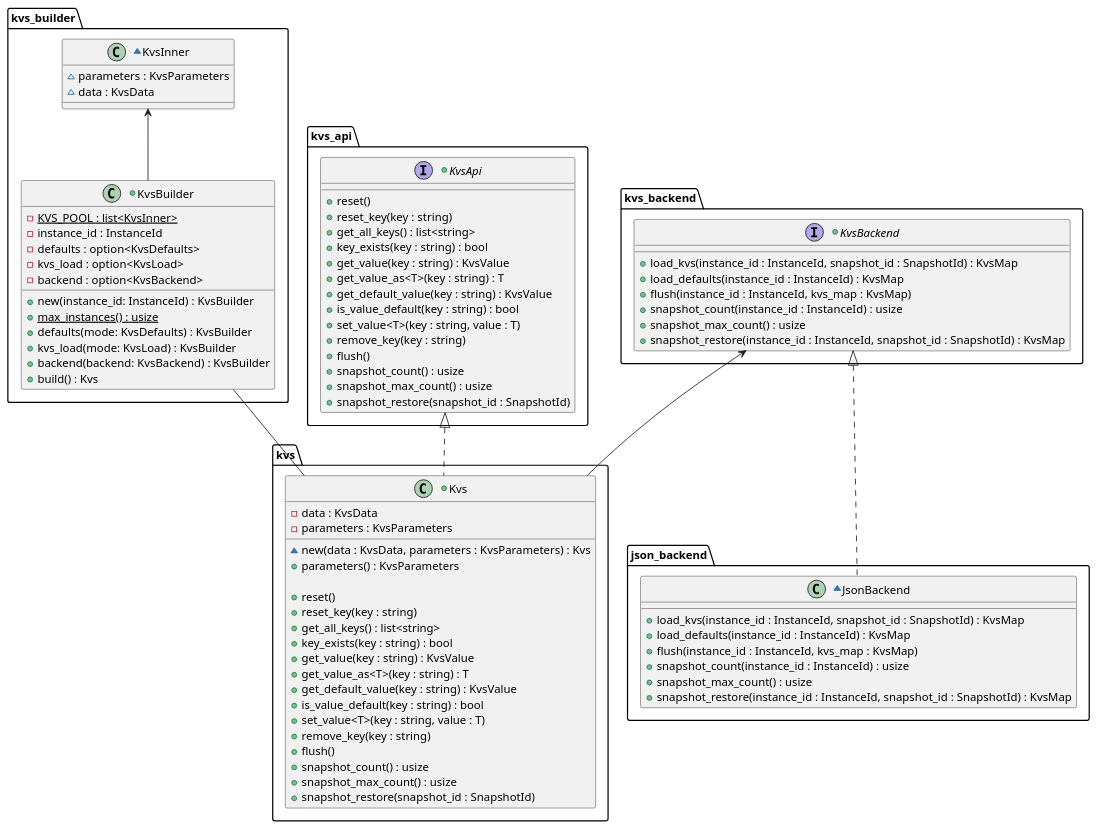
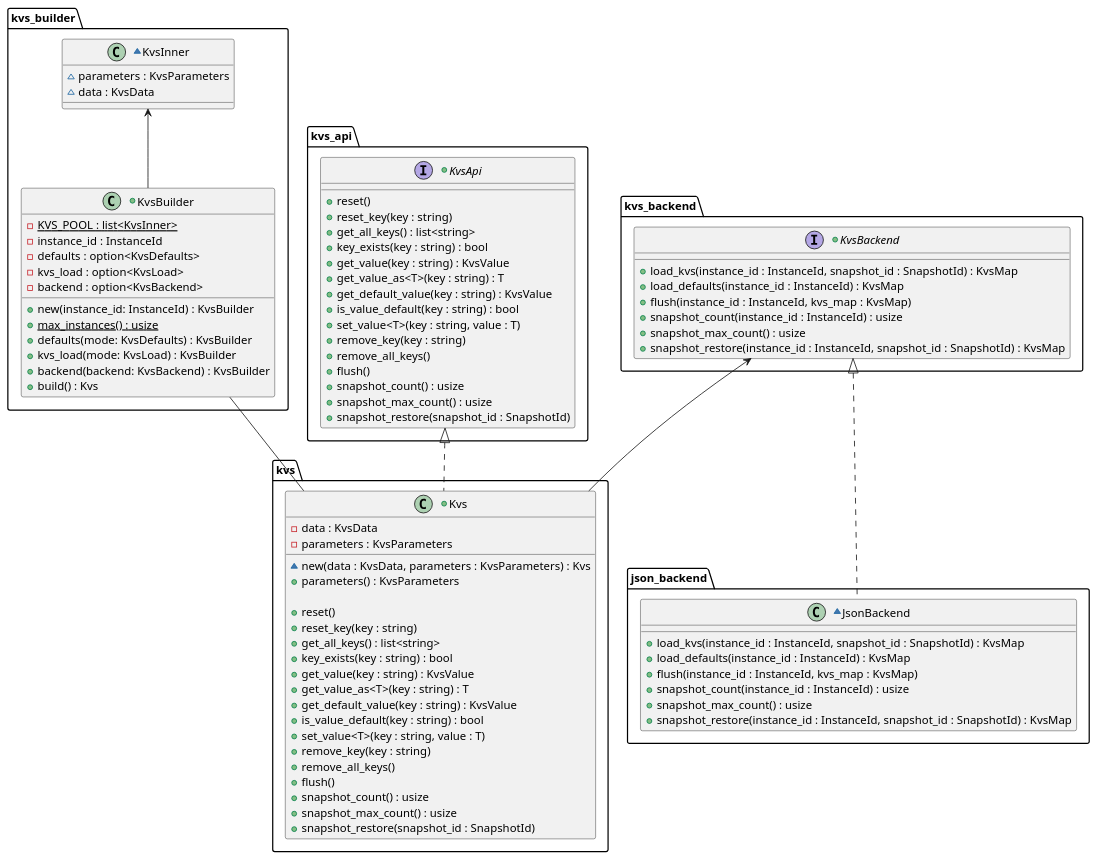
One commit to esrlabs/inc_mw_per changed the diagram in score/kvs/docs/detailed_design/class_diagram.puml. Above: the diagram before and after it, drawn with PlantUML. The commit also changed 5 other files, not shown here.

First line of the commit message:
adding remove all keys (#421)

```diff
--- a/score/kvs/docs/detailed_design/class_diagram.puml
+++ b/score/kvs/docs/detailed_design/class_diagram.puml
@@ -14,99 +14,101 @@
 @startuml Persistency class diagram
 
 package "kvs_builder" {
     ~class KvsInner {
         ~parameters : KvsParameters
         ~data : KvsData
     }
 
     +class KvsBuilder {
         {static} -KVS_POOL : list<KvsInner>
         -instance_id : InstanceId
         -defaults : option<KvsDefaults>
         -kvs_load : option<KvsLoad>
         -backend : option<KvsBackend>
 
         +new(instance_id: InstanceId) : KvsBuilder
         {static} +max_instances() : usize
         +defaults(mode: KvsDefaults) : KvsBuilder
         +kvs_load(mode: KvsLoad) : KvsBuilder
         +backend(backend: KvsBackend) : KvsBuilder
         +build() : Kvs
     }
 
     KvsInner <-- KvsBuilder
 }
 
 package "kvs_api" {
     +interface KvsApi {
         +reset()
         +reset_key(key : string)
         +get_all_keys() : list<string>
         +key_exists(key : string) : bool
         +get_value(key : string) : KvsValue
         +get_value_as<T>(key : string) : T
         +get_default_value(key : string) : KvsValue
         +is_value_default(key : string) : bool
         +set_value<T>(key : string, value : T)
         +remove_key(key : string)
+        +remove_all_keys()
         +flush()
         +snapshot_count() : usize
         +snapshot_max_count() : usize
         +snapshot_restore(snapshot_id : SnapshotId)
     }
 }
 
 package "kvs" {
     +class Kvs {
         -data : KvsData
         -parameters : KvsParameters
 
         ~new(data : KvsData, parameters : KvsParameters) : Kvs
         +parameters() : KvsParameters
 
         +reset()
         +reset_key(key : string)
         +get_all_keys() : list<string>
         +key_exists(key : string) : bool
         +get_value(key : string) : KvsValue
         +get_value_as<T>(key : string) : T
         +get_default_value(key : string) : KvsValue
         +is_value_default(key : string) : bool
         +set_value<T>(key : string, value : T)
         +remove_key(key : string)
+        +remove_all_keys()
         +flush()
         +snapshot_count() : usize
         +snapshot_max_count() : usize
         +snapshot_restore(snapshot_id : SnapshotId)
     }
 }
 
 KvsApi <|.. Kvs
 KvsBuilder -- Kvs
 
 package "kvs_backend" {
     +interface KvsBackend {
         +load_kvs(instance_id : InstanceId, snapshot_id : SnapshotId) : KvsMap
         +load_defaults(instance_id : InstanceId) : KvsMap
         +flush(instance_id : InstanceId, kvs_map : KvsMap)
         +snapshot_count(instance_id : InstanceId) : usize
         +snapshot_max_count() : usize
         +snapshot_restore(instance_id : InstanceId, snapshot_id : SnapshotId) : KvsMap
     }
 }
 
 package "json_backend" {
     ~class JsonBackend {
         +load_kvs(instance_id : InstanceId, snapshot_id : SnapshotId) : KvsMap
         +load_defaults(instance_id : InstanceId) : KvsMap
         +flush(instance_id : InstanceId, kvs_map : KvsMap)
         +snapshot_count(instance_id : InstanceId) : usize
         +snapshot_max_count() : usize
         +snapshot_restore(instance_id : InstanceId, snapshot_id : SnapshotId) : KvsMap
     }
 }
 
 KvsBackend <-- Kvs
 KvsBackend <|.. JsonBackend
 
 @enduml
```
